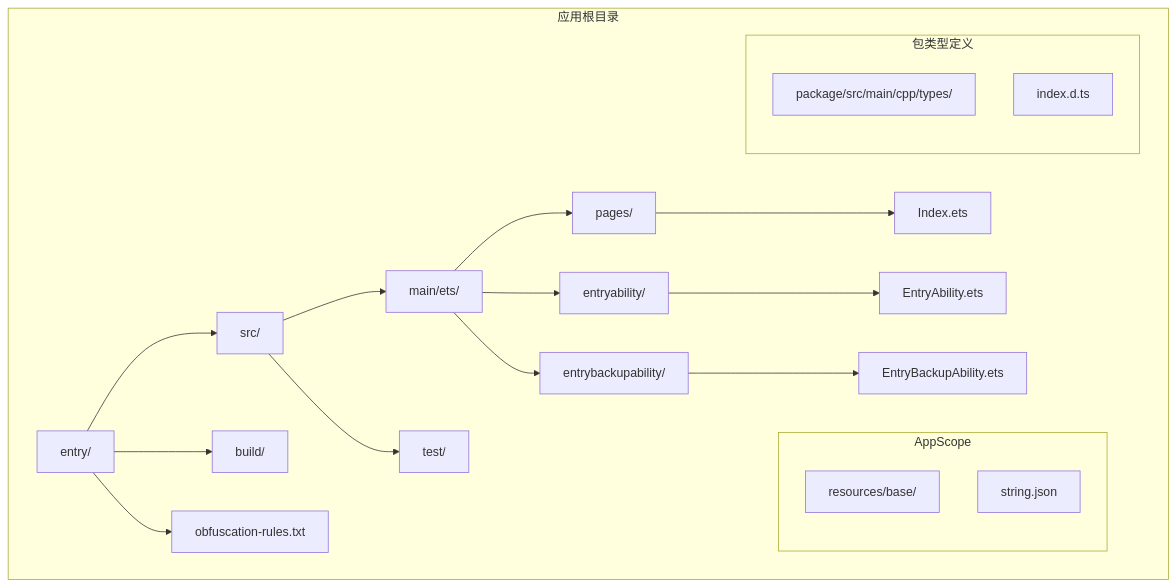
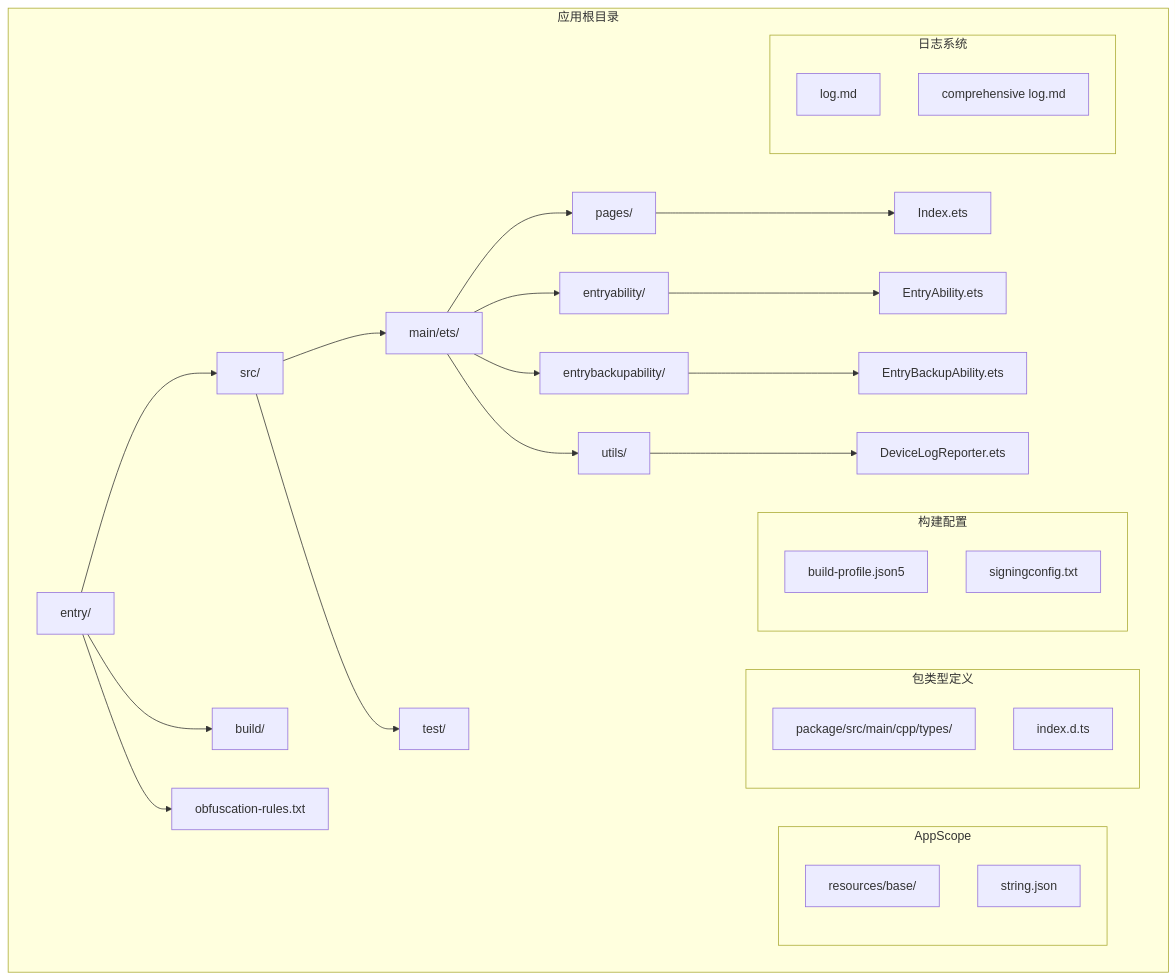
Before and after one commit to huz1xuan/harmony_XDY: the first of 8 diagrams in .qoder/repowiki/zh/content/主要功能模块/主要功能模块.md, drawn with Mermaid. The commit also changed other lines of this file and 15 other files, not shown here.

````diff
--- a/.qoder/repowiki/zh/content/主要功能模块/主要功能模块.md
+++ b/.qoder/repowiki/zh/content/主要功能模块/主要功能模块.md
@@ -40,24 +63,34 @@
 ```mermaid
 graph TB
 subgraph "应用根目录"
 A[entry/] --> B[src/]
 A --> C[build/]
 A --> D[obfuscation-rules.txt]
 B --> E[main/ets/]
 B --> F[test/]
 E --> G[pages/]
 E --> H[entryability/]
 E --> I[entrybackupability/]
-G --> J[Index.ets]
-H --> K[EntryAbility.ets]
-I --> L[EntryBackupAbility.ets]
+E --> J[utils/]
+G --> K[Index.ets]
+H --> L[EntryAbility.ets]
+I --> M[EntryBackupAbility.ets]
+J --> N[DeviceLogReporter.ets]
 subgraph "AppScope"
-M[resources/base/]
-N[string.json]
+O[resources/base/]
+P[string.json]
 end
 subgraph "包类型定义"
-O[package/src/main/cpp/types/]
-P[index.d.ts]
+Q[package/src/main/cpp/types/]
+R[index.d.ts]
+end
+subgraph "构建配置"
+S[build-profile.json5]
+T[signingconfig.txt]
+end
+subgraph "日志系统"
+U[log.md]
+V[comprehensive log.md]
 end
 end
 ```
````
